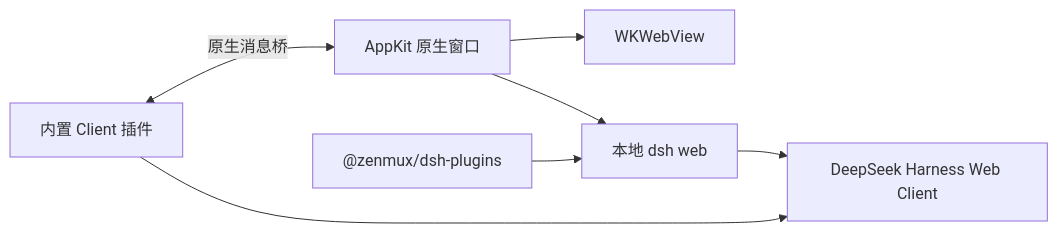
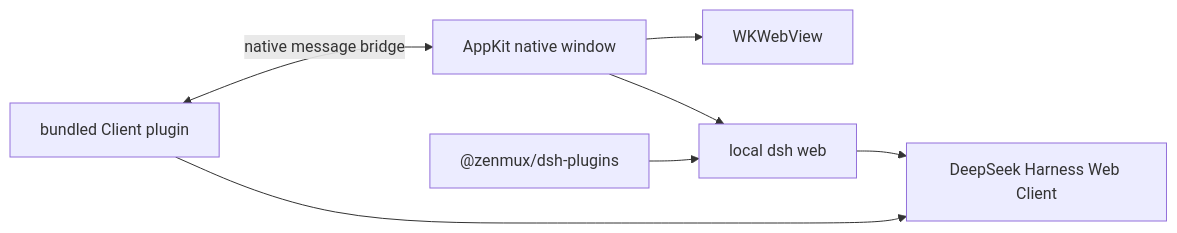
Before and after one commit to ilimei/dsh-desktop: the diagram in README.md, drawn with Mermaid. The commit also changed other lines of this file and 1 other file, not shown here.

````diff
--- a/README.md
+++ b/README.md
@@ -79,9 +83,9 @@
 ```mermaid
 flowchart LR
-    App["AppKit 原生窗口"] --> WebView["WKWebView"]
-    App --> Process["本地 dsh web"]
+    App["AppKit native window"] --> WebView["WKWebView"]
+    App --> Process["local dsh web"]
     Process --> WebClient["DeepSeek Harness Web Client"]
-    Plugin["内置 Client 插件"] --> WebClient
-    Plugin <-->|"原生消息桥"| App
+    Plugin["bundled Client plugin"] --> WebClient
+    Plugin <-->|"native message bridge"| App
     ZenMux["@zenmux/dsh-plugins"] --> Process
 ```
````
